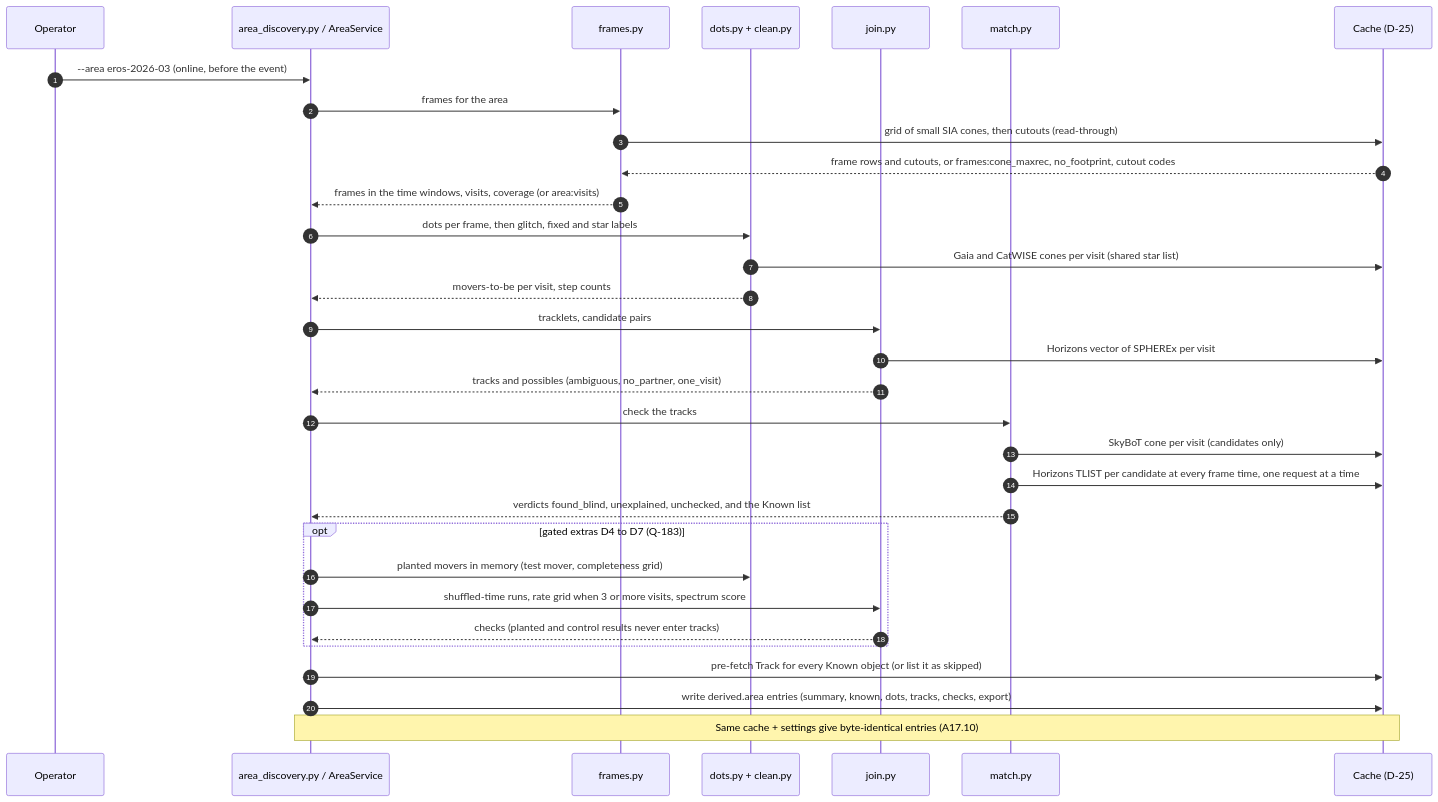
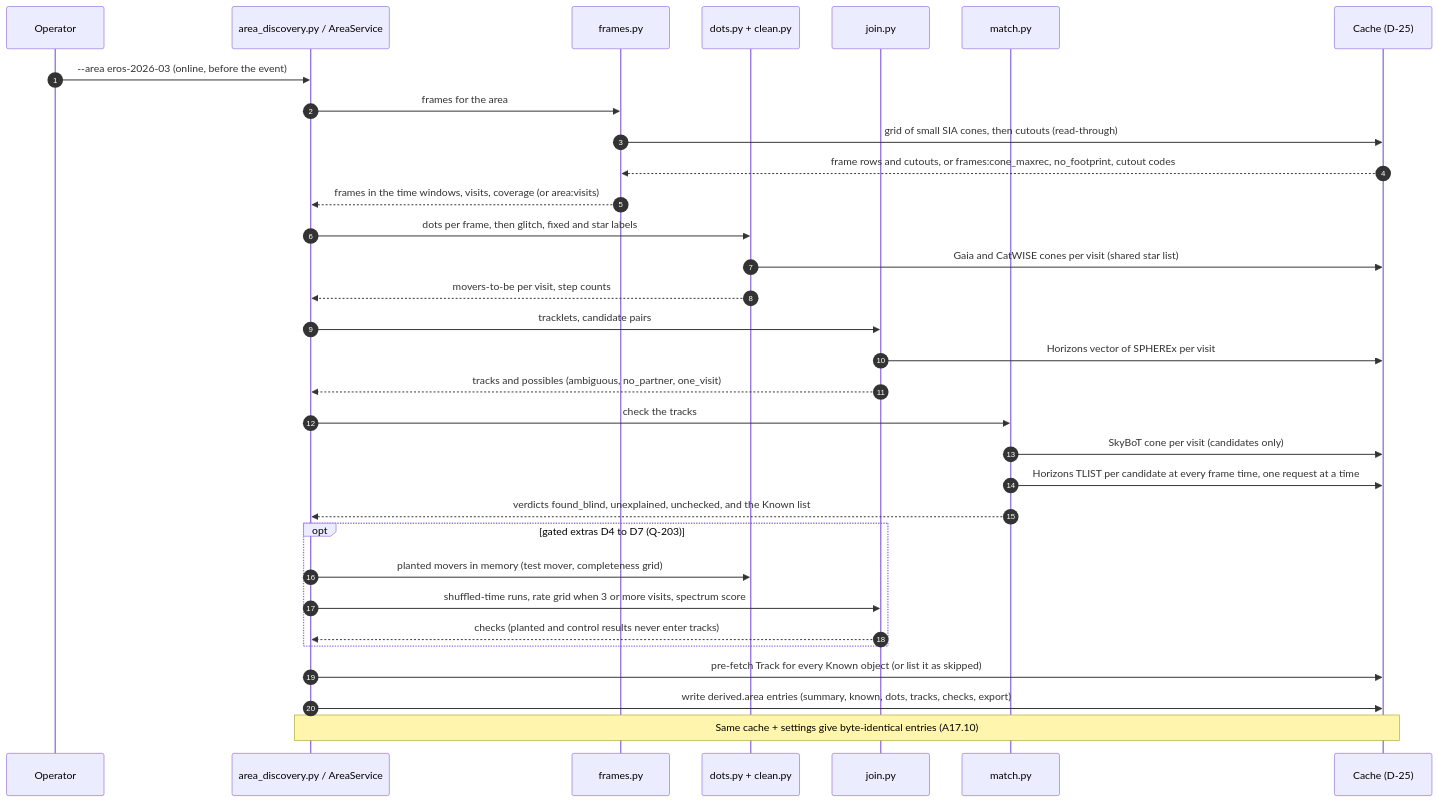
One commit to 0ffrian/SphereX changed the second of 3 diagrams in docs/uml/22-area-search.md. Above: the diagram before and after it, drawn with Mermaid. The commit also changed other lines of this file and 48 other files, not shown here.

````diff
--- a/docs/uml/22-area-search.md
+++ b/docs/uml/22-area-search.md
@@ -82,34 +82,34 @@
 ```mermaid
 sequenceDiagram
   autonumber
   participant Op as Operator
   participant S as area_discovery.py / AreaService
   participant F as frames.py
   participant D as dots.py + clean.py
   participant J as join.py
   participant M as match.py
   participant C as Cache (D-25)
   Op->>S: --area eros-2026-03 (online, before the event)
   S->>F: frames for the area
   F->>C: grid of small SIA cones, then cutouts (read-through)
   C-->>F: frame rows and cutouts, or frames:cone_maxrec, no_footprint, cutout codes
   F-->>S: frames in the time windows, visits, coverage (or area:visits)
   S->>D: dots per frame, then glitch, fixed and star labels
   D->>C: Gaia and CatWISE cones per visit (shared star list)
   D-->>S: movers-to-be per visit, step counts
   S->>J: tracklets, candidate pairs
   J->>C: Horizons vector of SPHEREx per visit
   J-->>S: tracks and possibles (ambiguous, no_partner, one_visit)
   S->>M: check the tracks
   M->>C: SkyBoT cone per visit (candidates only)
   M->>C: Horizons TLIST per candidate at every frame time, one request at a time
   M-->>S: verdicts found_blind, unexplained, unchecked, and the Known list
-  opt gated extras D4 to D7 (Q-183)
+  opt gated extras D4 to D7 (Q-203)
     S->>D: planted movers in memory (test mover, completeness grid)
     S->>J: shuffled-time runs, rate grid when 3 or more visits, spectrum score
     J-->>S: checks (planted and control results never enter tracks)
   end
   S->>C: pre-fetch Track for every Known object (or list it as skipped)
   S->>C: write derived.area entries (summary, known, dots, tracks, checks, export)
   Note over S,C: Same cache + settings give byte-identical entries (A17.10)
 ```
````
